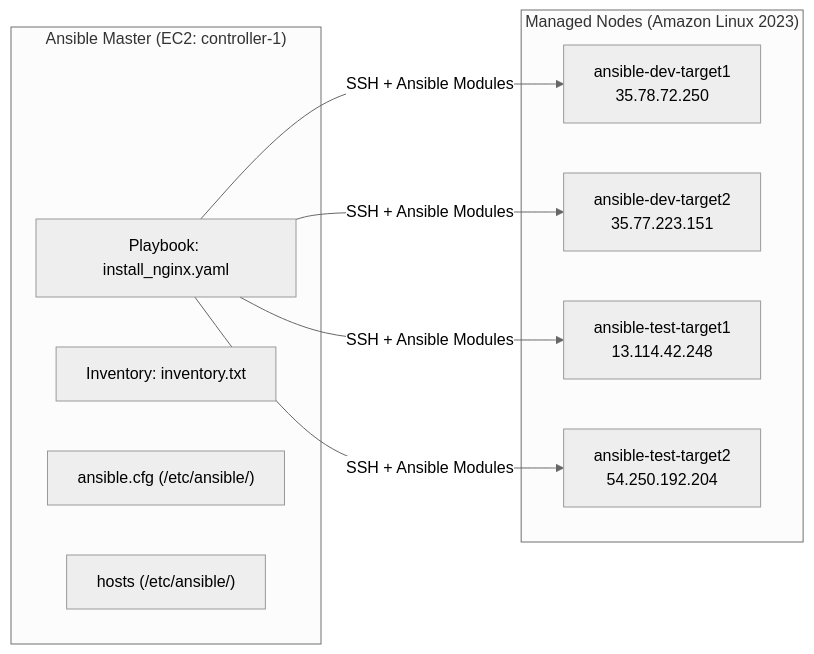
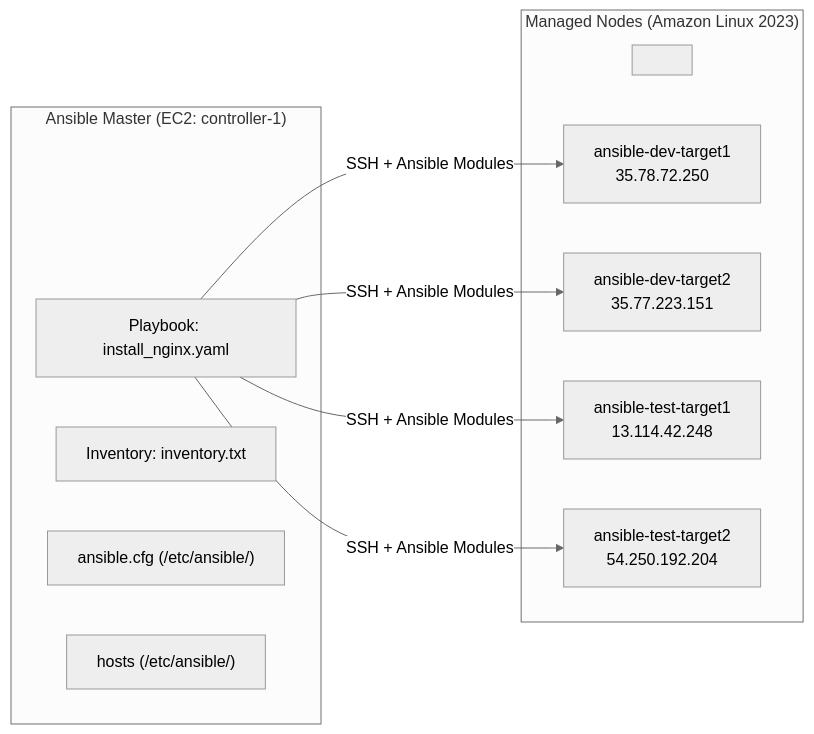
Before and after one commit to ta18-svg/Ansible-test: the diagram in README.md, drawn with Mermaid (neutral theme).

Commit message:
README更新：Mermaid修正など

````diff
--- a/README.md
+++ b/README.md
@@ -21,22 +21,23 @@
 ```mermaid
 graph LR
   subgraph Controller["Ansible Master (EC2: controller-1)"]
     A1["Playbook: install_nginx.yaml"]
     A2["Inventory: inventory.txt"]
     A3["ansible.cfg (/etc/ansible/)"]
     A4["hosts (/etc/ansible/)"]
   end
 
   subgraph Targets["Managed Nodes (Amazon Linux 2023)"]
-    T1["ansible-dev-target1\n35.78.72.250"]
-    T2["ansible-dev-target2\n35.77.223.151"]
-    T3["ansible-test-target1\n13.114.42.248"]
-    T4["ansible-test-target2\n54.250.192.204"]
+    XT[" "]
+    T1["ansible-dev-target1<br>35.78.72.250"]
+    T2["ansible-dev-target2<br>35.77.223.151"]
+    T3["ansible-test-target1<br>13.114.42.248"]
+    T4["ansible-test-target2<br>54.250.192.204"]
   end
 
   A1 -->|"SSH + Ansible Modules"| T1
   A1 -->|"SSH + Ansible Modules"| T2
   A1 -->|"SSH + Ansible Modules"| T3
   A1 -->|"SSH + Ansible Modules"| T4
 
 ```
````
